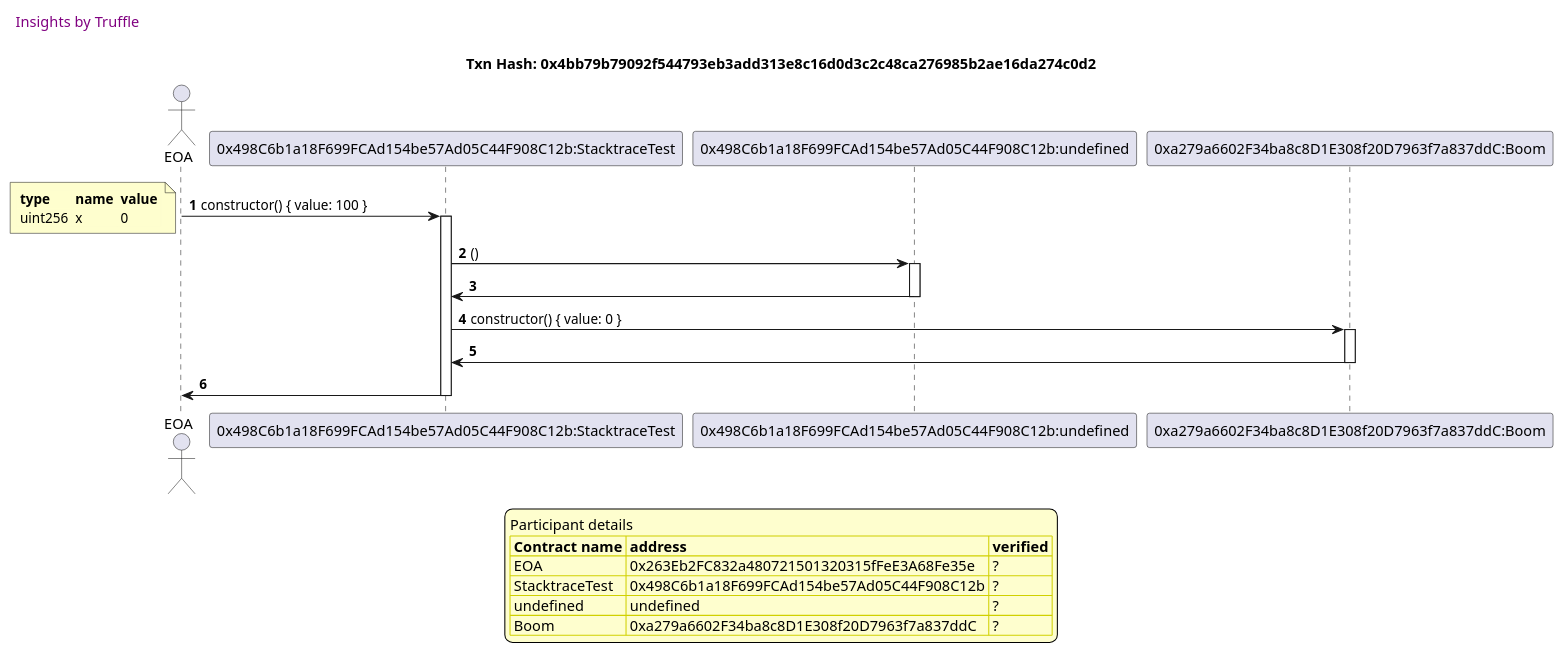
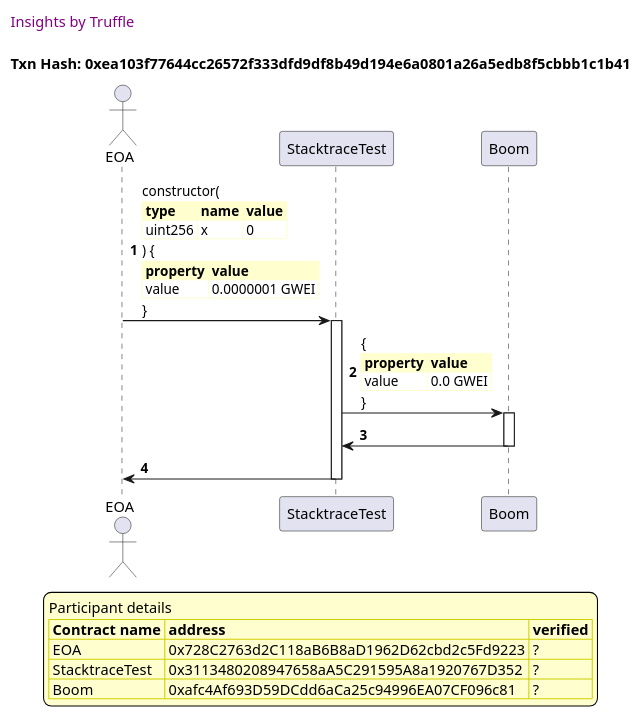
Before and after one commit to trufflesuite/txlog-seedlings: the fifth of 11 diagrams in truffle-seq/stacktrace.test.md, drawn with PlantUML. The commit also changed other lines of this file and 5 other files, not shown here.

````diff
--- a/truffle-seq/stacktrace.test.md
+++ b/truffle-seq/stacktrace.test.md
@@ -241,54 +259,58 @@
 ```plantuml
+
+
 @startuml
 
 autonumber
-
 skinparam legendBackgroundColor #FEFECE
 
 <style>
-
-header {
-  HorizontalAlignment left
-  FontColor purple
-  FontSize 14
-  Padding 10
-}
-
-</style>
-
+      header {
+        HorizontalAlignment left
+        FontColor purple
+        FontSize 14
+        Padding 10
+      }
+    </style>
 
 header Insights by Truffle
 
-title Txn Hash: 0x4bb79b79092f544793eb3add313e8c16d0d3c2c48ca276985b2ae16da274c0d2
+title Txn Hash: 0xea103f77644cc26572f333dfd9df8b49d194e6a0801a26a5edb8f5cbbb1c1b41
+
 
 actor EOA as "EOA"
-participant StacktraceTest_01 as "0x498C6b1a18F699FCAd154be57Ad05C44F908C12b:StacktraceTest"
-participant undefined_01 as "0x498C6b1a18F699FCAd154be57Ad05C44F908C12b:undefined"
-participant Boom_01 as "0xa279a6602F34ba8c8D1E308f20D7963f7a837ddC:Boom"
 
-EOA -> StacktraceTest_01 ++: constructor() { value: 100 }
-note left #FEFECE
-<#FEFECE,#FEFECE>|= type |= name |= value |
-| uint256 | x | 0 |
-end note
+participant StacktraceTest as "StacktraceTest"
 
-StacktraceTest_01 -> undefined_01 ++: () 
-undefined_01 -> StacktraceTest_01 --: 
-StacktraceTest_01 -> Boom_01 ++: constructor() { value: 0 }
-Boom_01 -> StacktraceTest_01 --: 
-StacktraceTest_01 -> EOA --: 
+participant Boom as "Boom"
+
+"EOA" -> "StacktraceTest" ++: constructor(\n\
+<#FEFECE,#FEFECE>|= type |= name |= value |\n\
+| uint256 | x | 0 |\n\
+) {\n\
+<#FEFECE,#FEFECE>|= property |= value|\n\
+| value | 0.0000001 GWEI |\n\
+}
+
+"StacktraceTest" -> "Boom" ++: {\n\
+<#FEFECE,#FEFECE>|= property |= value|\n\
+| value | 0.0 GWEI |\n\
+}
+
+"Boom" -> "StacktraceTest" --: 
+
+"StacktraceTest" -> "EOA" --: 
+
 
 
 legend
 Participant details
 <#FEFECE,#D0D000>|= Contract name |= address |= verified |
-<#FEFECE>| EOA | 0x263Eb2FC832a480721501320315fFeE3A68Fe35e | ? |
-<#FEFECE>| StacktraceTest | 0x498C6b1a18F699FCAd154be57Ad05C44F908C12b | ? |
-<#FEFECE>| undefined | undefined | ? |
-<#FEFECE>| Boom | 0xa279a6602F34ba8c8D1E308f20D7963f7a837ddC | ? |
+<#FEFECE>| EOA | 0x728C2763d2C118aB6B8aD1962D62cbd2c5Fd9223 | ? |
+<#FEFECE>| StacktraceTest | 0x3113480208947658aA5C291595A8a1920767D352 | ? |
+<#FEFECE>| Boom | 0xafc4Af693D59DCdd6aCa25c94996EA07CF096c81 | ? |
 endlegend
-
 
 
 @enduml
 ```
````
